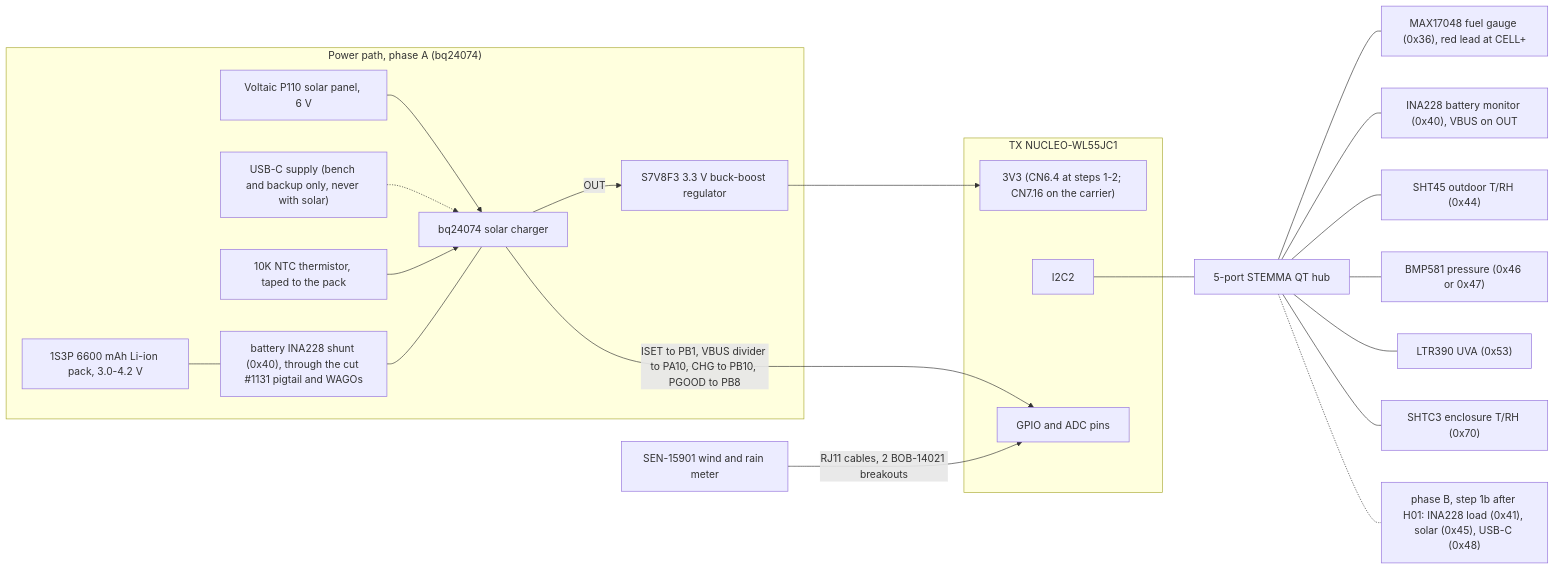
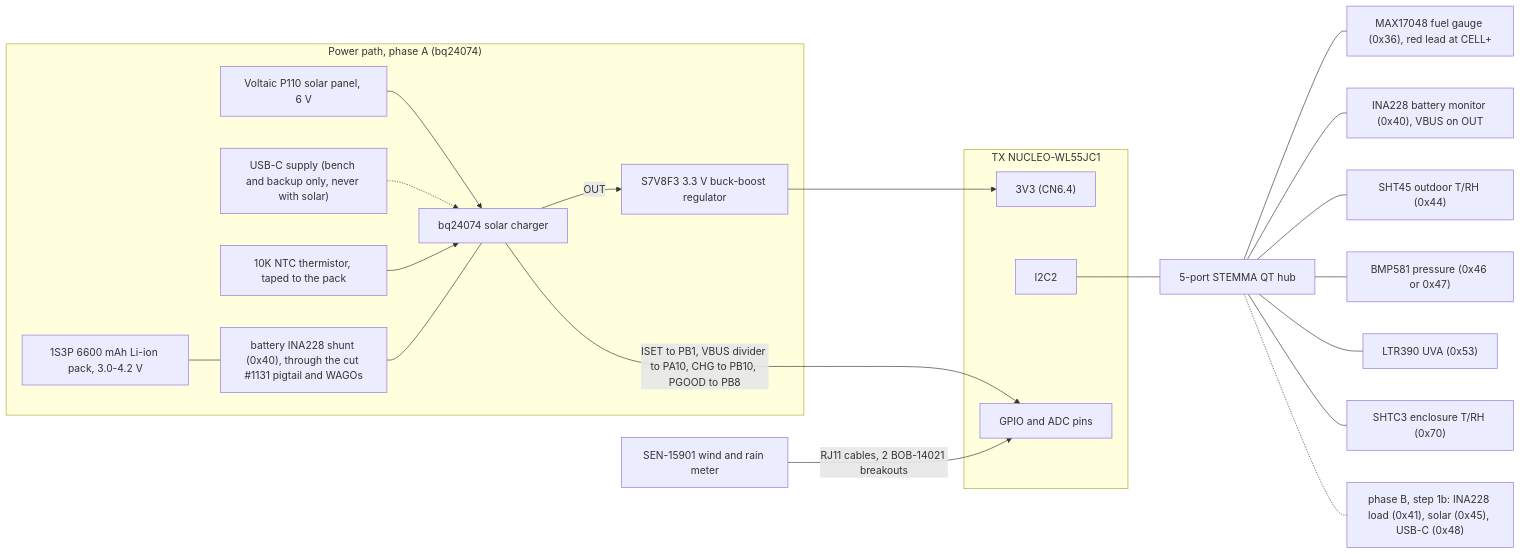
The diagram in docs/poc-shopping-list.md (clintecker/weather-station-2026), drawn with Mermaid before and after one commit. The commit also changed other lines of this file and 192 other files, not shown here.

````diff
--- a/docs/poc-shopping-list.md
+++ b/docs/poc-shopping-list.md
@@ -12,27 +13,27 @@
 ```mermaid
 flowchart LR
   subgraph POWER["Power path, phase A (bq24074)"]
     PANEL["Voltaic P110 solar panel, 6 V"] --> CHG["bq24074 solar charger"]
     USBC["USB-C supply (bench and backup only, never with solar)"] -.-> CHG
     NTC["10K NTC thermistor, taped to the pack"] --> CHG
     BATT["1S3P 6600 mAh Li-ion pack, 3.0-4.2 V"] --- SHUNT["battery INA228 shunt (0x40), through the cut #1131 pigtail and WAGOs"]
     SHUNT --- CHG
     CHG -->|"OUT"| REG["S7V8F3 3.3 V buck-boost regulator"]
   end
   subgraph NUCLEO["TX NUCLEO-WL55JC1"]
-    V33["3V3 (CN6.4 at steps 1-2; CN7.16 on the carrier)"]
+    V33["3V3 (CN6.4)"]
     I2C2["I2C2"]
     GPIO["GPIO and ADC pins"]
   end
   REG --> V33
   CHG -->|"ISET to PB1, VBUS divider to PA10, CHG to PB10, PGOOD to PB8"| GPIO
   I2C2 --- HUB["5-port STEMMA QT hub"]
   HUB --- FG["MAX17048 fuel gauge (0x36), red lead at CELL+"]
   HUB --- PM["INA228 battery monitor (0x40), VBUS on OUT"]
   HUB --- SHT["SHT45 outdoor T/RH (0x44)"]
   HUB --- BMP["BMP581 pressure (0x46 or 0x47)"]
   HUB --- UV["LTR390 UVA (0x53)"]
   HUB --- SHTC["SHTC3 enclosure T/RH (0x70)"]
-  HUB -.- PB["phase B, step 1b after H01: INA228 load (0x41), solar (0x45), USB-C (0x48)"]
+  HUB -.- PB["phase B, step 1b: INA228 load (0x41), solar (0x45), USB-C (0x48)"]
   METER["SEN-15901 wind and rain meter"] -->|"RJ11 cables, 2 BOB-14021 breakouts"| GPIO
 ```
````
